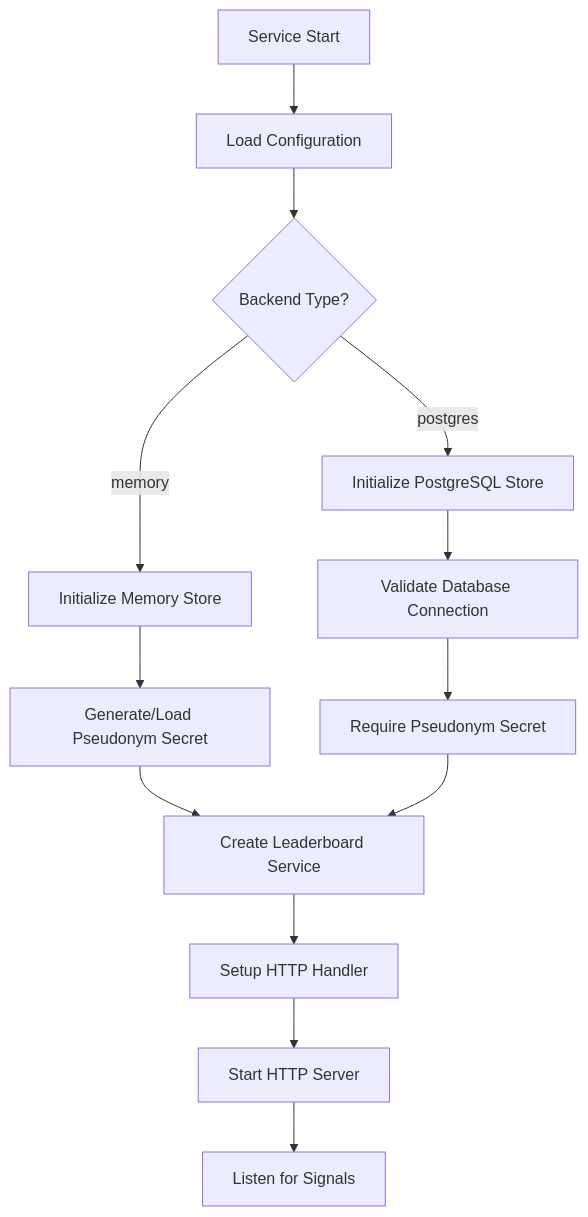
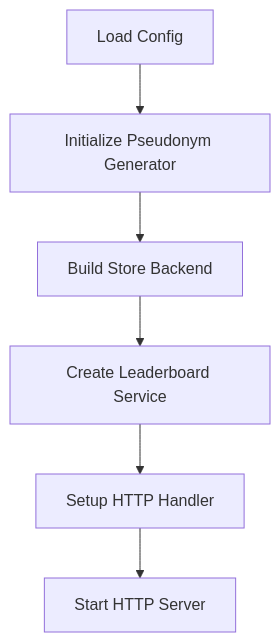
Before and after one commit to researchoors/knowledge-maintenance: the second of 2 diagrams in artifacts/d-inference/service_analyses/analytics.md, drawn with Mermaid. The commit also changed other lines of this file and 23 other files, not shown here.

````diff
--- a/artifacts/d-inference/service_analyses/analytics.md
+++ b/artifacts/d-inference/service_analyses/analytics.md
@@ -138,18 +42,8 @@
 ```mermaid
-flowchart TD
-    A[Service Start] --> B[Load Configuration]
-    B --> C{Backend Type?}
-    
-    C -->|memory| D[Initialize Memory Store]
-    C -->|postgres| E[Initialize PostgreSQL Store]
-    
-    D --> F[Generate/Load Pseudonym Secret]
-    E --> G[Validate Database Connection]
-    G --> H[Require Pseudonym Secret]
-    
-    F --> I[Create Leaderboard Service]
-    H --> I
-    I --> J[Setup HTTP Handler]
-    J --> K[Start HTTP Server]
-    K --> L[Listen for Signals]
+graph TD
+    A[Load Config] --> B[Initialize Pseudonym Generator]
+    B --> C[Build Store Backend]
+    C --> D[Create Leaderboard Service]
+    D --> E[Setup HTTP Handler]
+    E --> F[Start HTTP Server]
 ```
````
